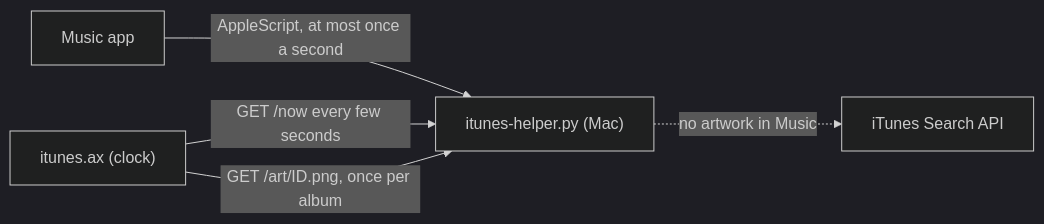
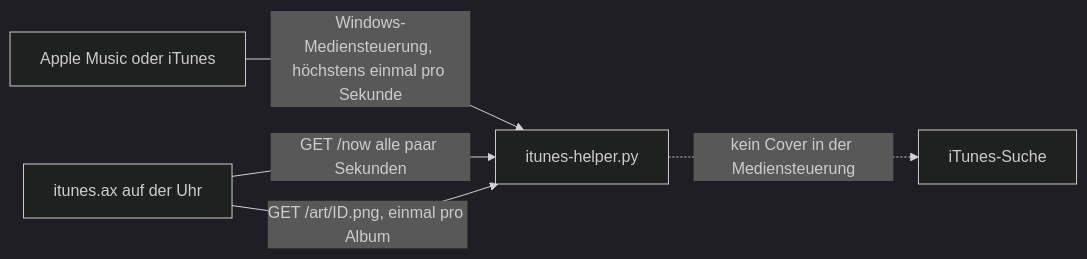
The diagram in README.md (Tixima/awtrix-applemusic-win), drawn with Mermaid (dark theme) before and after one commit. The commit also changed other lines of this file and 33 other files, not shown here.

First line of the commit message:
Windows-Port von awtrix-itunes

````diff
--- a/README.md
+++ b/README.md
@@ -87,7 +110,7 @@
 ```mermaid
 flowchart LR
-  M["Music app"] -- "AppleScript, at most once a second" --> H["itunes-helper.py (Mac)"]
-  C["itunes.ax (clock)"] -- "GET /now every few seconds" --> H
-  C -- "GET /art/ID.png, once per album" --> H
-  H -. "no artwork in Music" .-> S["iTunes Search API"]
+  A["Apple Music oder iTunes"] -- "Windows-Mediensteuerung, höchstens einmal pro Sekunde" --> H["itunes-helper.py"]
+  C["itunes.ax auf der Uhr"] -- "GET /now alle paar Sekunden" --> H
+  C -- "GET /art/ID.png, einmal pro Album" --> H
+  H -. "kein Cover in der Mediensteuerung" .-> S["iTunes-Suche"]
 ```
````
